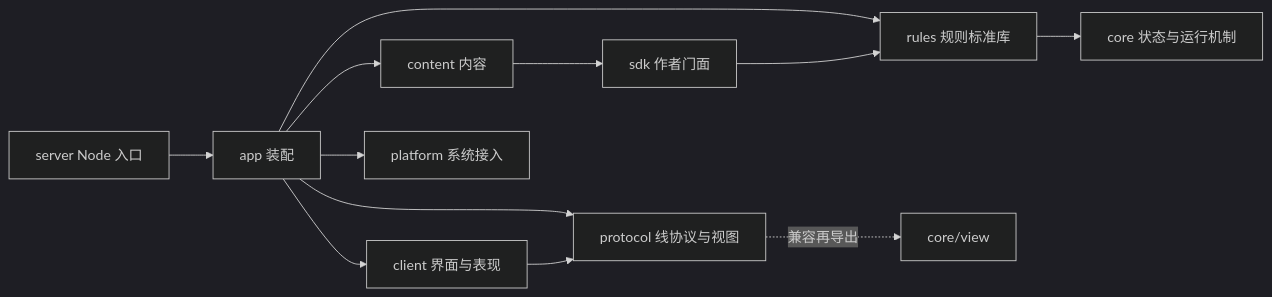
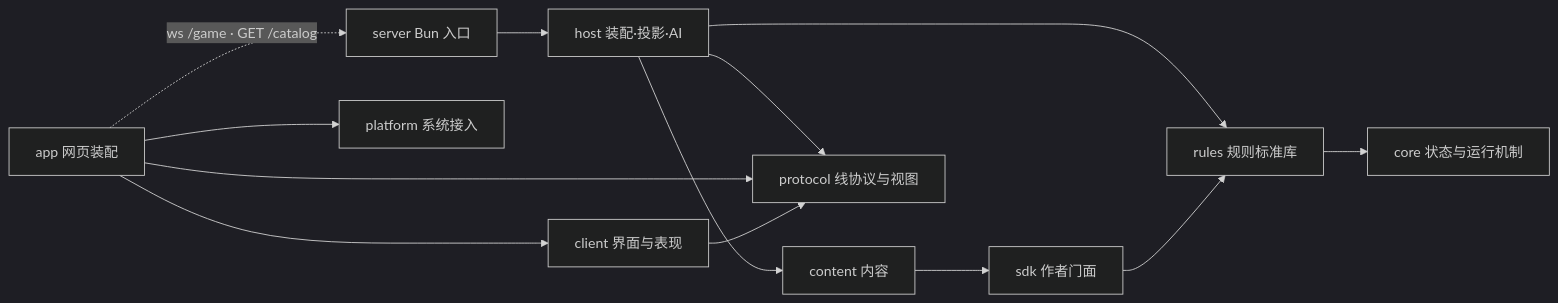
Before and after one commit to OuroBubbles/sgs_ng: the diagram in docs/ARCHITECTURE.md, drawn with Mermaid (dark theme). The commit also changed other lines of this file and 3 other files, not shown here.

````diff
--- a/docs/ARCHITECTURE.md
+++ b/docs/ARCHITECTURE.md
@@ -21,14 +21,15 @@
 ```mermaid
 flowchart LR
-  N[server Node 入口] --> A
-  A[app 装配] --> C[content 内容]
-  A --> U[client 界面与表现]
-  A --> P[platform 系统接入]
-  A --> R[rules 规则标准库]
+  N[server Bun 入口] --> H[host 装配·投影·AI]
+  H --> C[content 内容]
+  H --> R[rules 规则标准库]
   C --> S[sdk 作者门面]
   S --> R
   R --> K[core 状态与运行机制]
-  A --> Proto[protocol 线协议与视图]
+  H --> Proto[protocol 线协议与视图]
+  W[app 网页装配] --> U[client 界面与表现]
+  W --> P[platform 系统接入]
+  W --> Proto
   U --> Proto
-  Proto -.兼容再导出.-> V[core/view]
+  W -. ws /game · GET /catalog .-> N
 ```
````
